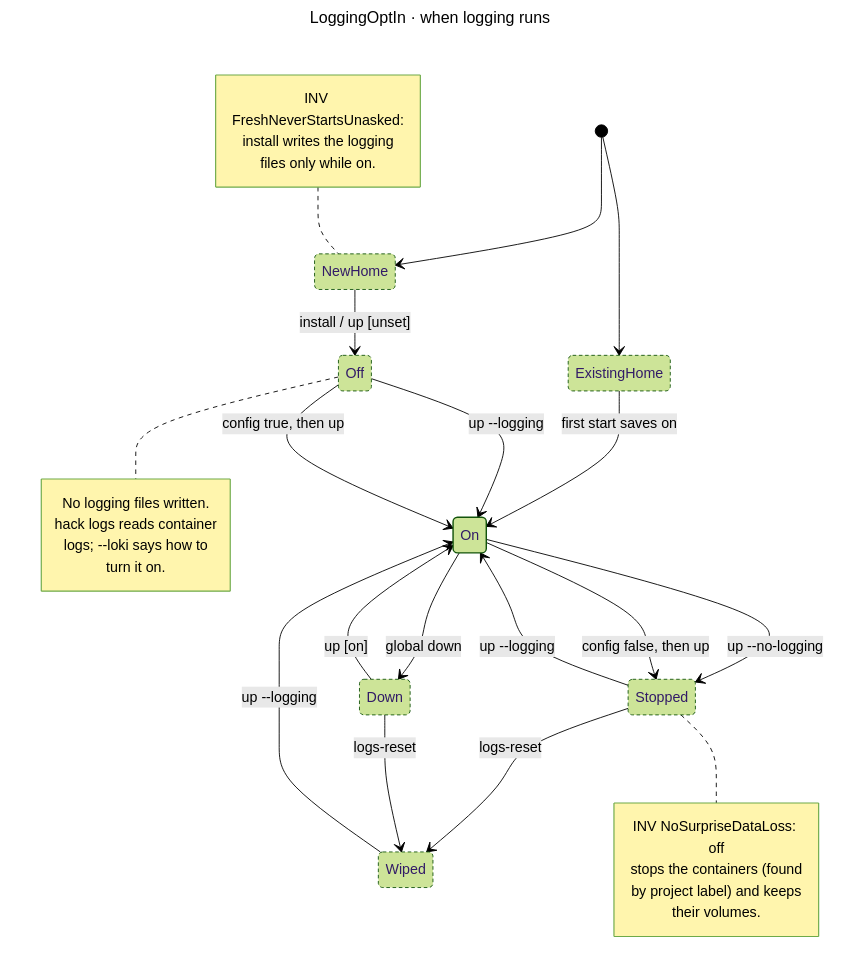
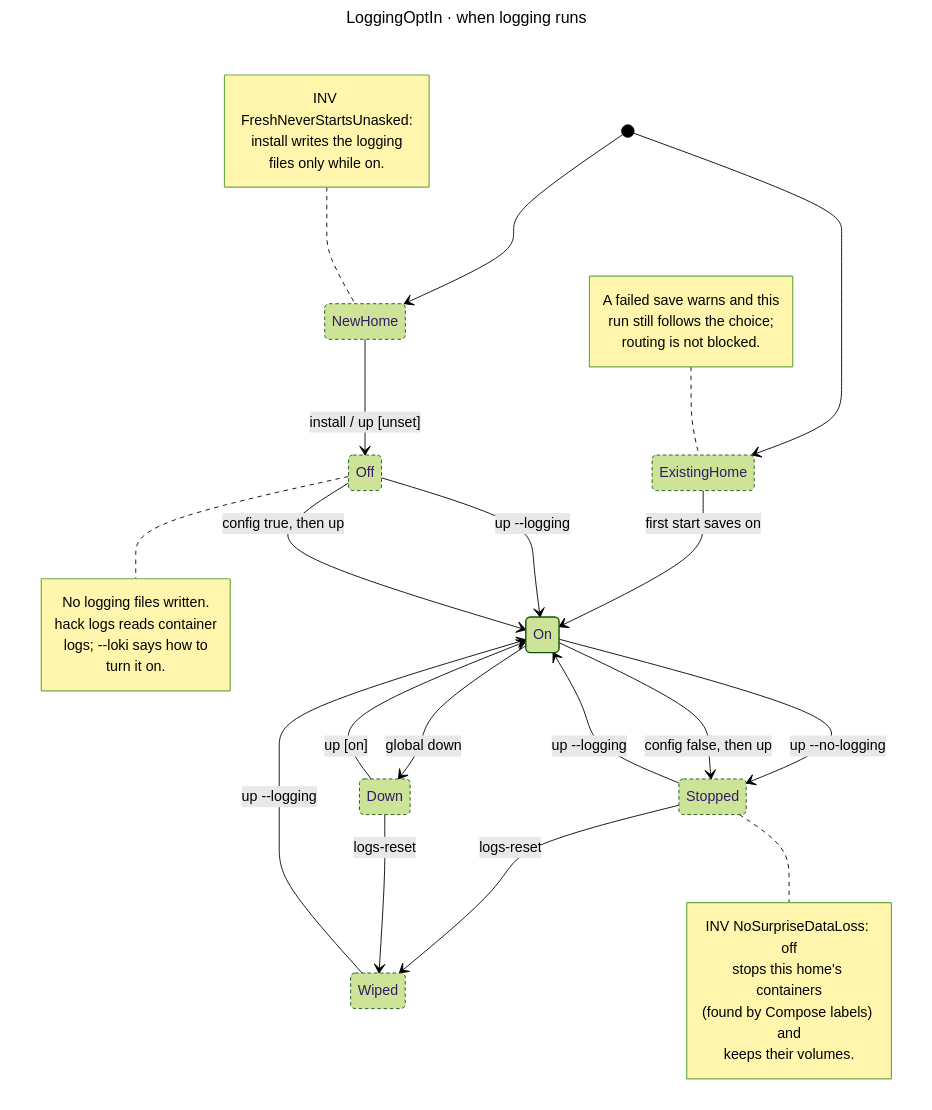
Before and after one commit to hack-dance/hack: the diagram in docs/diagrams/global-logging-optin.mmd, drawn with Mermaid (forest theme). The commit also changed 29 other files, not shown here.

```diff
--- a/docs/diagrams/global-logging-optin.mmd
+++ b/docs/diagrams/global-logging-optin.mmd
@@ -1,40 +1,45 @@
 ---
 title: LoggingOptIn · when logging runs
 ---
 stateDiagram-v2
   direction TB
   [*] --> NewHome
   [*] --> ExistingHome
   NewHome --> Off : install / up [unset]
   ExistingHome --> On : first start saves on
   Off --> On : up --logging
   Off --> On : config true, then up
   On --> Stopped : up --no-logging
   On --> Stopped : config false, then up
   Stopped --> On : up --logging
   On --> Down : global down
   Down --> On : up [on]
   Stopped --> Wiped : logs-reset
   Down --> Wiped : logs-reset
   Wiped --> On : up --logging
   note right of Off
     No logging files written.
     hack logs reads container
     logs; --loki says how to
     turn it on.
   end note
   note right of Stopped
     INV NoSurpriseDataLoss: off
-    stops the containers (found
-    by project label) and keeps
-    their volumes.
+    stops this home's containers
+    (found by Compose labels) and
+    keeps their volumes.
+  end note
+  note left of ExistingHome
+    A failed save warns and this
+    run still follows the choice;
+    routing is not blocked.
   end note
   note left of NewHome
     INV FreshNeverStartsUnasked:
     install writes the logging
     files only while on.
   end note
   classDef ok stroke-width:1.6px
   classDef idle stroke-dasharray:4 3
   class On ok
   class Off,Stopped,Down,NewHome,ExistingHome,Wiped idle
```
